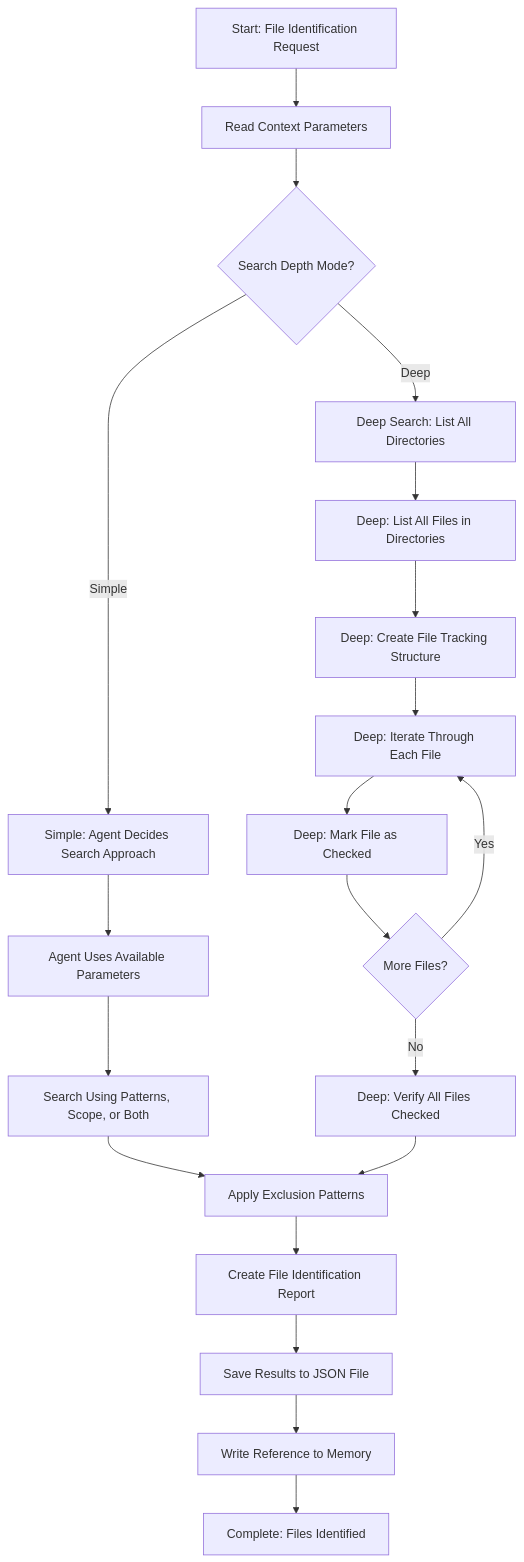
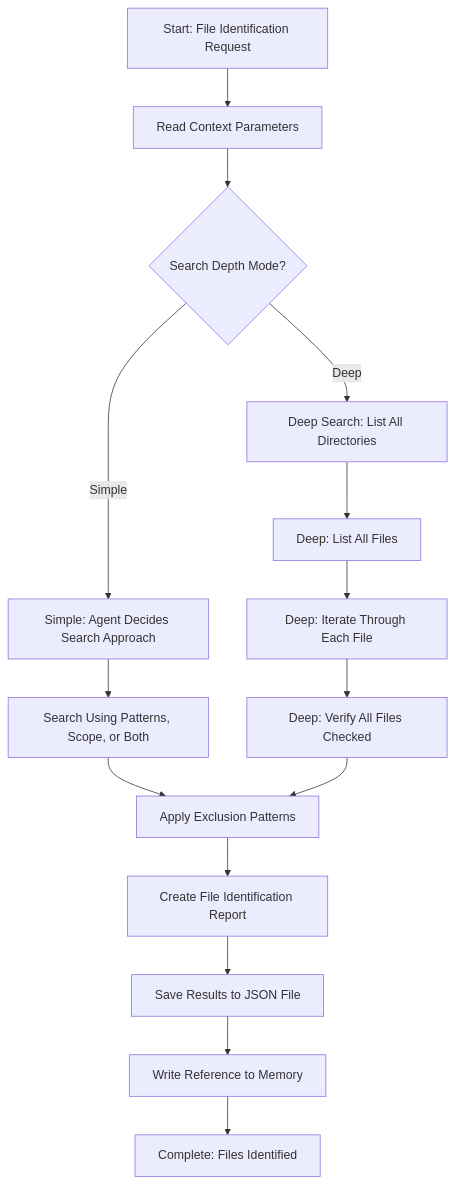
The diagram in .processes/steps/investigation/identify-files.md (HMTools/agentic-processes), drawn with Mermaid before and after one commit. The commit also changed other lines of this file and 73 other files, not shown here.

````diff
--- a/.processes/steps/investigation/identify-files.md
+++ b/.processes/steps/investigation/identify-files.md
@@ -95,22 +101,17 @@
 ```mermaid
 flowchart TD
     A[Start: File Identification Request] --> B[Read Context Parameters]
     B --> C{Search Depth Mode?}
     C -->|Simple| D[Simple: Agent Decides Search Approach]
     C -->|Deep| E[Deep Search: List All Directories]
-    D --> F[Agent Uses Available Parameters]
-    F --> G[Search Using Patterns, Scope, or Both]
-    E --> H[Deep: List All Files in Directories]
-    H --> I[Deep: Create File Tracking Structure]
-    I --> J[Deep: Iterate Through Each File]
-    J --> K[Deep: Mark File as Checked]
-    K --> L{More Files?}
-    L -->|Yes| J
-    L -->|No| M[Deep: Verify All Files Checked]
-    G --> N[Apply Exclusion Patterns]
-    M --> N
-    N --> R[Create File Identification Report]
-    R --> S[Save Results to JSON File]
-    S --> T[Write Reference to Memory]
-    T --> U[Complete: Files Identified]
+    D --> F[Search Using Patterns, Scope, or Both]
+    E --> G[Deep: List All Files]
+    G --> H[Deep: Iterate Through Each File]
+    H --> I[Deep: Verify All Files Checked]
+    F --> J[Apply Exclusion Patterns]
+    I --> J
+    J --> K[Create File Identification Report]
+    K --> L[Save Results to JSON File]
+    L --> M[Write Reference to Memory]
+    M --> N[Complete: Files Identified]
 ```
````
